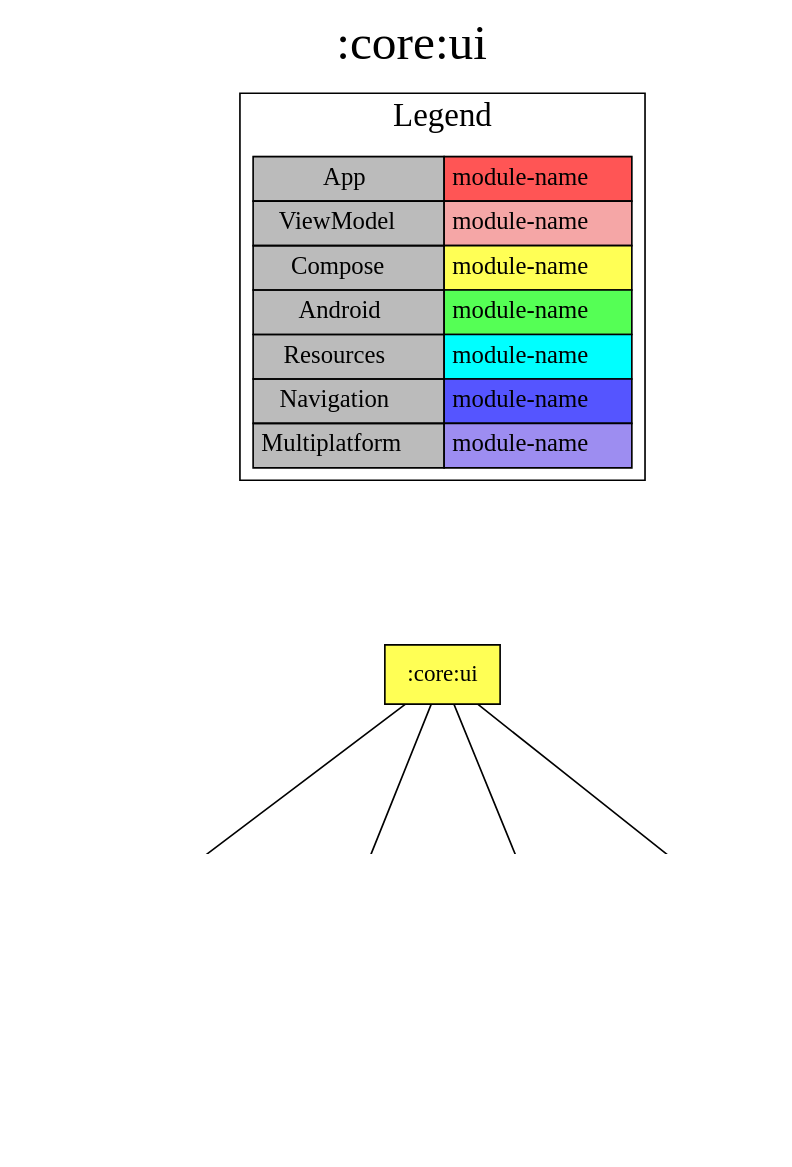
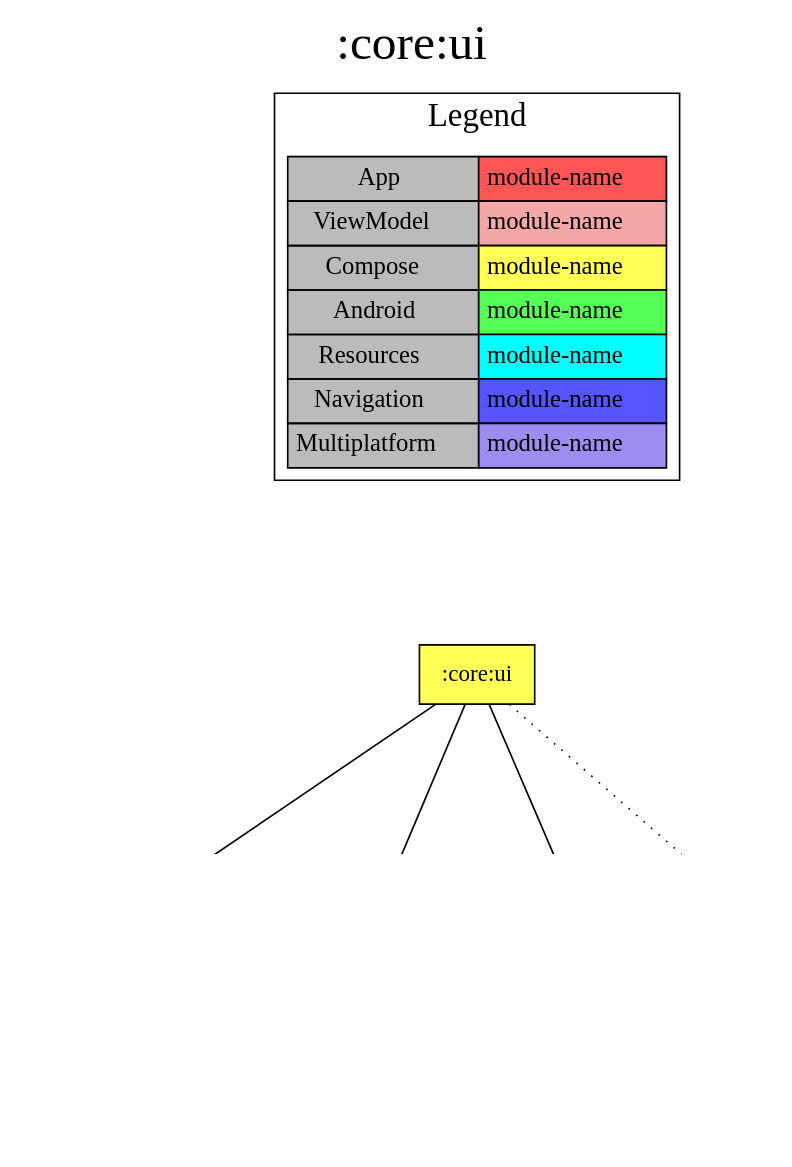
One commit to jonapoul/aktual changed the diagram in modules/core/ui/project-dependency-graph.dot. Above: the diagram before and after it, drawn with Graphviz. The commit also changed 23 other files, not shown here.

```diff
--- a/modules/core/ui/project-dependency-graph.dot
+++ b/modules/core/ui/project-dependency-graph.dot
@@ -1,35 +1,35 @@
 digraph {
 edge ["dir"="forward"]
 graph ["dpi"="100","label"=":core:ui","labelloc"="t","fontsize"="30","ranksep"="1.5","rankdir"="TB"]
 node ["style"="filled"]
 ":core:ui" ["fillcolor"="#FFFF55","shape"="box"]
 ":core:colorscheme" ["fillcolor"="#9D8DF1","shape"="box"]
-":core:res" ["fillcolor"="#00FFFF","shape"="box"]
 ":core:versions" ["fillcolor"="#9D8DF1","shape"="box"]
 ":core:buildconfig" ["fillcolor"="#9D8DF1","shape"="box"]
 ":url:model" ["fillcolor"="#9D8DF1","shape"="box"]
+":core:res" ["fillcolor"="#00FFFF","shape"="box"]
 {
 edge ["dir"="none"]
 graph ["rank"="same"]
 }
 ":core:ui" -> ":core:colorscheme"
-":core:ui" -> ":core:res"
 ":core:ui" -> ":core:versions"
 ":core:ui" -> ":url:model"
+":core:ui" -> ":core:res" ["style"="dotted"]
 ":core:versions" -> ":core:buildconfig"
 subgraph "cluster_legend" {
 edge ["dir"="none"]
 graph ["label"="Legend","fontsize"="20"]
 "Legend" ["style"="filled","fillcolor"="#bbbbbb","shape"="none","margin"="0","fontsize"="15","label"=<
 <TABLE BORDER="0" CELLBORDER="1" CELLSPACING="0" CELLPADDING="4">
 <TR><TD>App</TD><TD BGCOLOR="#FF5555">module-name</TD></TR>
 <TR><TD>ViewModel</TD><TD BGCOLOR="#F5A6A6">module-name</TD></TR>
 <TR><TD>Compose</TD><TD BGCOLOR="#FFFF55">module-name</TD></TR>
 <TR><TD>Android</TD><TD BGCOLOR="#55FF55">module-name</TD></TR>
 <TR><TD>Resources</TD><TD BGCOLOR="#00FFFF">module-name</TD></TR>
 <TR><TD>Navigation</TD><TD BGCOLOR="#5555FF">module-name</TD></TR>
 <TR><TD>Multiplatform</TD><TD BGCOLOR="#9D8DF1">module-name</TD></TR>
 </TABLE>
 >]
 } -> ":core:ui" ["style"="invis"]
 }
```
